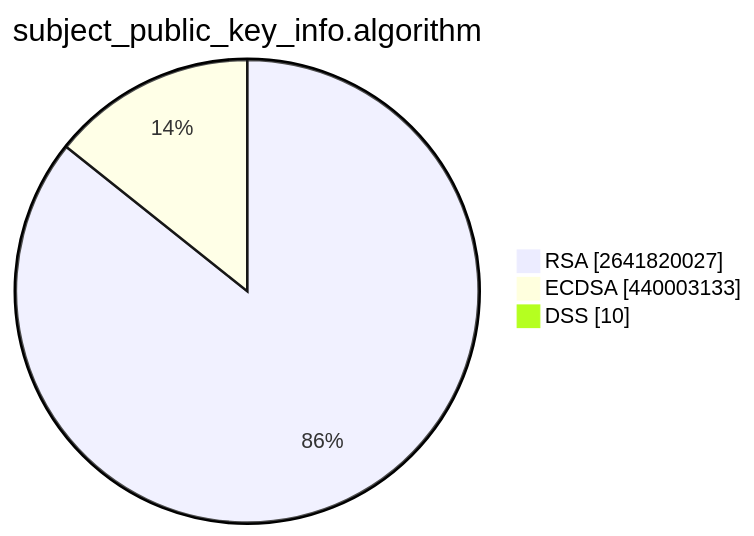
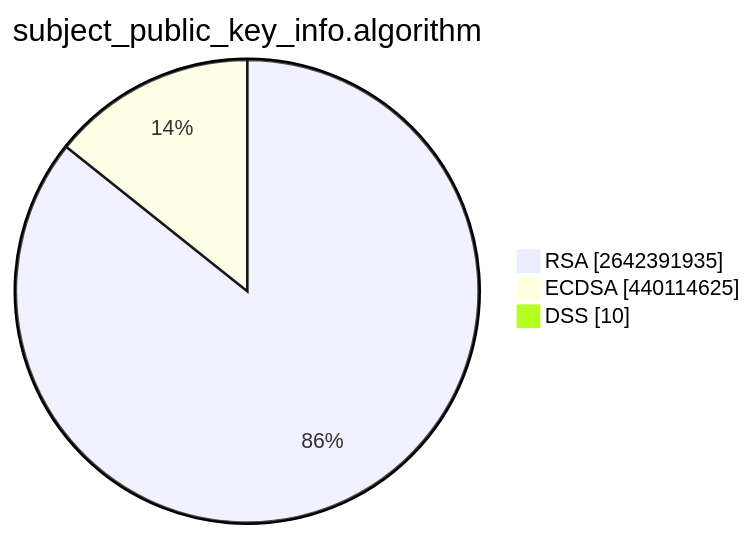
One commit to christiankrug/ctmonitor_visualization changed the second of 15 diagrams in TOTAL/README.md. Above: the diagram before and after it, drawn with Mermaid. The commit also changed other lines of this file, not shown here.

````diff
--- a/TOTAL/README.md
+++ b/TOTAL/README.md
@@ -6,7 +6,7 @@
 ```mermaid
 pie showData
 title subject_public_key_info.algorithm
-"RSA" :2641820027
-"ECDSA" :440003133
+"RSA" :2642391935
+"ECDSA" :440114625
 "DSS" :10
 ```
````
